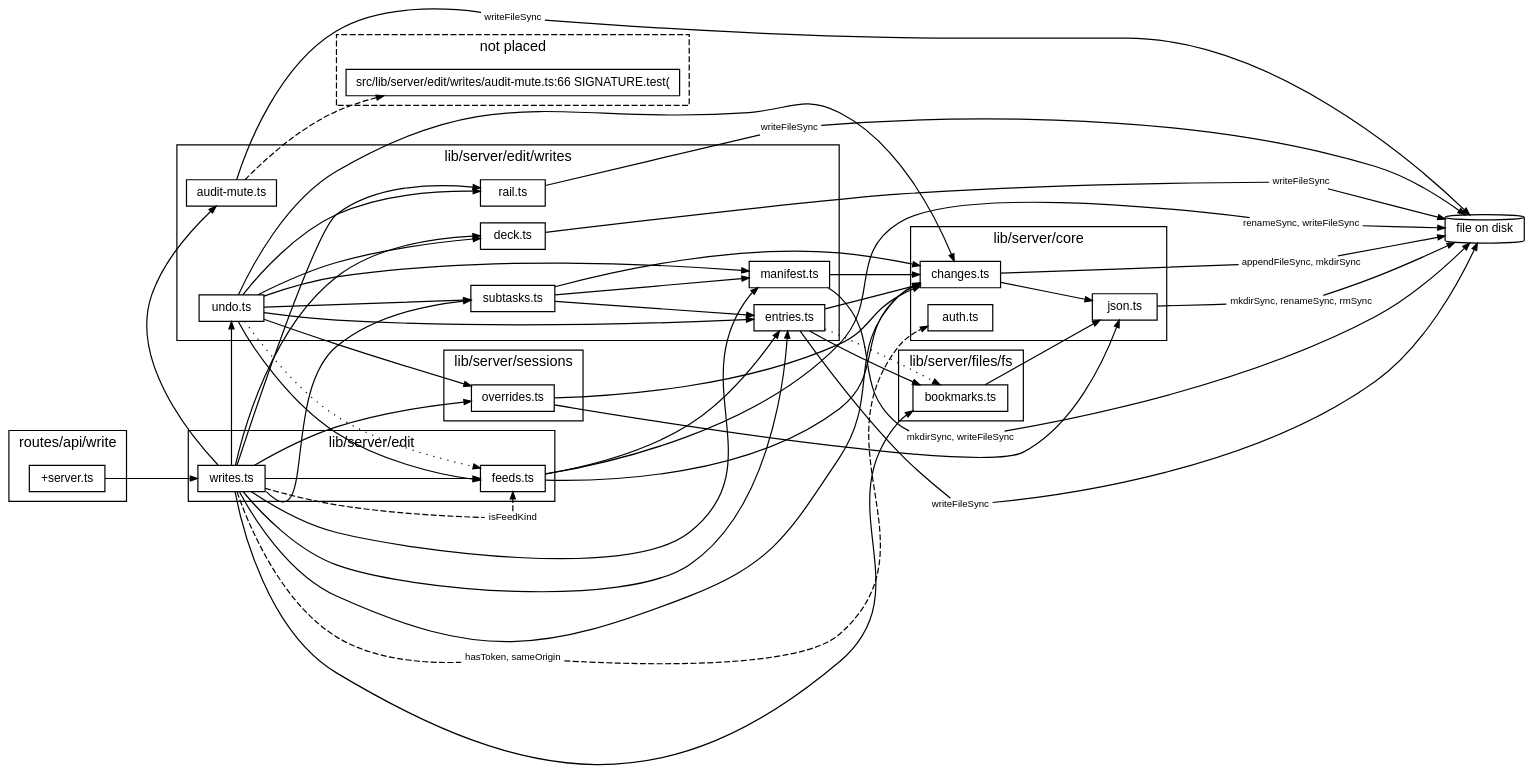
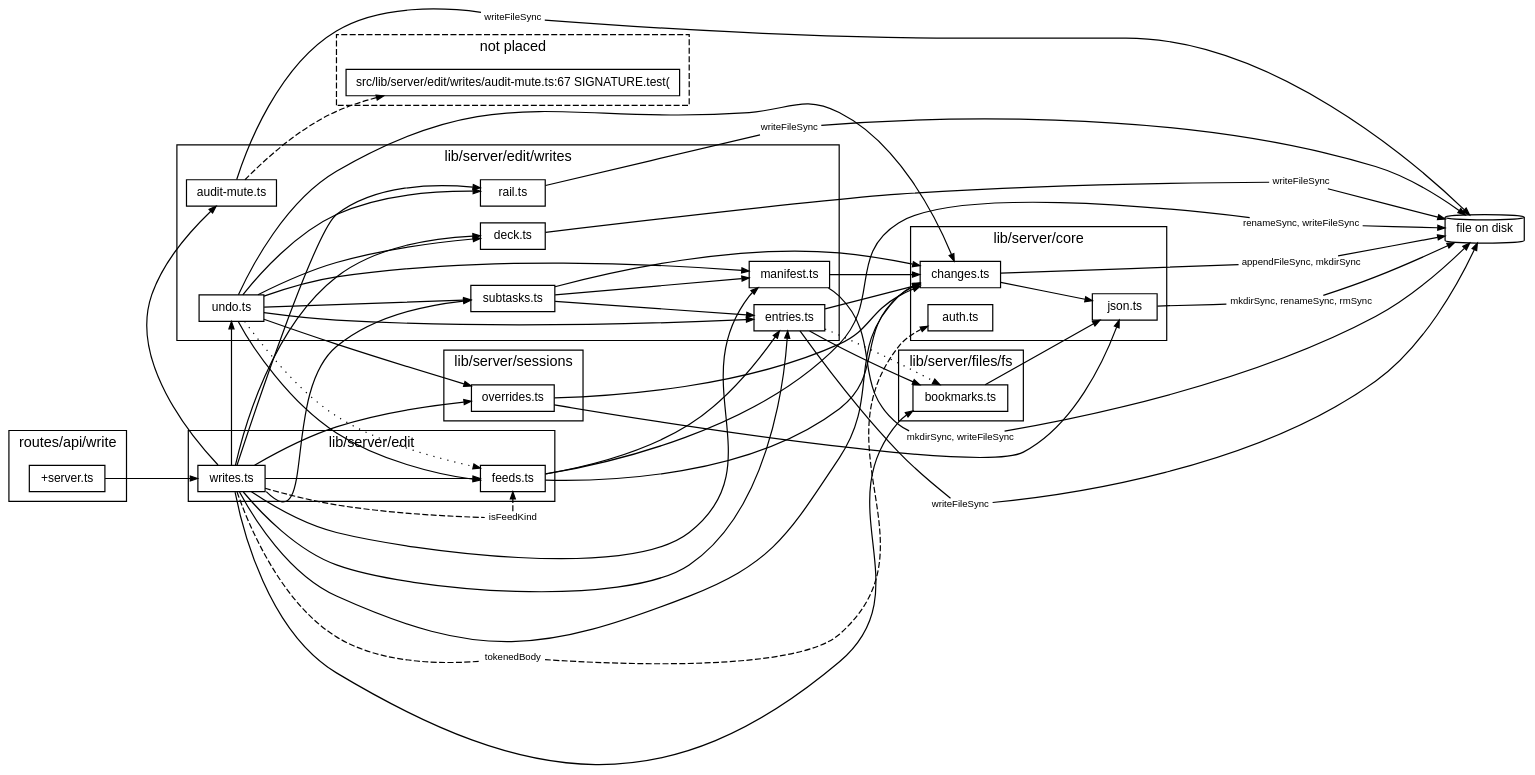
Before and after one commit to TheAxeC/oculus: the diagram in docs/diagrams/writes.dot, drawn with Graphviz. The commit also changed 129 other files, not shown here.

First line of the commit message:
Land Q79a: the library audit's server fixes

```diff
--- a/docs/diagrams/writes.dot
+++ b/docs/diagrams/writes.dot
@@ -1,115 +1,116 @@
 digraph writes {
     graph [bgcolor="transparent", rankdir=LR, fontname="Helvetica,Arial,sans-serif", fontsize=12, nodesep=0.2, ranksep=0.8];
     node [shape=box, color="black", fontcolor="black", fontname="Helvetica,Arial,sans-serif", fontsize=10, height=0.3, margin="0.12,0.04"];
     edge [color="black", fontcolor="black", fontname="Helvetica,Arial,sans-serif", fontsize=8, arrowsize=0.6];
     subgraph "cluster_lib/server/core" {
         label="lib/server/core"; style=solid;
         "lib/server/core/auth.ts" [label="auth.ts"];
         "lib/server/core/changes.ts" [label="changes.ts"];
         "lib/server/core/json.ts" [label="json.ts"];
     }
     subgraph "cluster_lib/server/edit" {
         label="lib/server/edit"; style=solid;
         "lib/server/edit/feeds.ts" [label="feeds.ts"];
         "lib/server/edit/writes.ts" [label="writes.ts"];
     }
     subgraph "cluster_lib/server/edit/writes" {
         label="lib/server/edit/writes"; style=solid;
         "lib/server/edit/writes/audit-mute.ts" [label="audit-mute.ts"];
         "lib/server/edit/writes/deck.ts" [label="deck.ts"];
         "lib/server/edit/writes/entries.ts" [label="entries.ts"];
         "lib/server/edit/writes/manifest.ts" [label="manifest.ts"];
         "lib/server/edit/writes/rail.ts" [label="rail.ts"];
         "lib/server/edit/writes/subtasks.ts" [label="subtasks.ts"];
         "lib/server/edit/writes/undo.ts" [label="undo.ts"];
     }
     subgraph "cluster_lib/server/files/fs" {
         label="lib/server/files/fs"; style=solid;
         "lib/server/files/fs/bookmarks.ts" [label="bookmarks.ts"];
     }
     subgraph "cluster_lib/server/sessions" {
         label="lib/server/sessions"; style=solid;
         "lib/server/sessions/overrides.ts" [label="overrides.ts"];
     }
     subgraph "cluster_routes/api/write" {
         label="routes/api/write"; style=solid;
         "routes/api/write/+server.ts" [label="+server.ts"];
     }
     subgraph "cluster_lost" {
         label="not placed"; style=dashed;
-        "? src/lib/server/edit/writes/audit-mute.ts:66" [label="src/lib/server/edit/writes/audit-mute.ts:66 SIGNATURE.test("];
+        "? src/lib/server/edit/writes/audit-mute.ts:67" [label="src/lib/server/edit/writes/audit-mute.ts:67 SIGNATURE.test("];
     }
     "file on disk" [shape=cylinder];
     "lib/server/core/changes.ts to file on disk (calls)" [label="appendFileSync, mkdirSync", shape=box, color="transparent", fontsize=8, width=0, height=0, margin="0.04,0.02"];
     "lib/server/core/changes.ts" -> "lib/server/core/changes.ts to file on disk (calls)" [arrowhead=none];
     "lib/server/core/changes.ts to file on disk (calls)" -> "file on disk" [];
     "lib/server/core/changes.ts" -> "lib/server/core/json.ts" [tooltip="chained, writeTextAtomic"];
     "lib/server/core/json.ts to file on disk (calls)" [label="mkdirSync, renameSync, rmSync", shape=box, color="transparent", fontsize=8, width=0, height=0, margin="0.04,0.02"];
     "lib/server/core/json.ts" -> "lib/server/core/json.ts to file on disk (calls)" [arrowhead=none];
     "lib/server/core/json.ts to file on disk (calls)" -> "file on disk" [];
     "lib/server/edit/feeds.ts to file on disk (calls)" [label="renameSync, writeFileSync", shape=box, color="transparent", fontsize=8, width=0, height=0, margin="0.04,0.02"];
     "lib/server/edit/feeds.ts" -> "lib/server/edit/feeds.ts to file on disk (calls)" [arrowhead=none];
     "lib/server/edit/feeds.ts to file on disk (calls)" -> "file on disk" [];
     "lib/server/edit/feeds.ts" -> "lib/server/core/changes.ts" [tooltip="plain"];
     "lib/server/edit/feeds.ts" -> "lib/server/edit/writes/entries.ts" [tooltip="saved"];
-    "lib/server/edit/writes.ts to lib/server/core/auth.ts (refuses)" [label="hasToken, sameOrigin", shape=box, color="transparent", fontsize=8, width=0, height=0, margin="0.04,0.02"];
+    "lib/server/edit/writes.ts to lib/server/core/auth.ts (refuses)" [label="tokenedBody", shape=box, color="transparent", fontsize=8, width=0, height=0, margin="0.04,0.02"];
     "lib/server/edit/writes.ts" -> "lib/server/edit/writes.ts to lib/server/core/auth.ts (refuses)" [arrowhead=none, style=dashed];
     "lib/server/edit/writes.ts to lib/server/core/auth.ts (refuses)" -> "lib/server/core/auth.ts" [style=dashed];
     "lib/server/edit/writes.ts" -> "lib/server/core/changes.ts" [tooltip="changeAt, defaultChangesPath, logChanges
 pathOf"];
     "lib/server/edit/writes.ts" -> "lib/server/edit/feeds.ts" [tooltip="addLead, addLinkedinIdea, deleteFeedEntry
 markLinkedinPosted, writeFeedField"];
     "lib/server/edit/writes.ts to lib/server/edit/feeds.ts (refuses)" [label="isFeedKind", shape=box, color="transparent", fontsize=8, width=0, height=0, margin="0.04,0.02"];
     "lib/server/edit/writes.ts" -> "lib/server/edit/writes.ts to lib/server/edit/feeds.ts (refuses)" [arrowhead=none, style=dashed];
     "lib/server/edit/writes.ts to lib/server/edit/feeds.ts (refuses)" -> "lib/server/edit/feeds.ts" [style=dashed];
     "lib/server/edit/writes.ts" -> "lib/server/edit/writes/audit-mute.ts" [tooltip="writeMute"];
     "lib/server/edit/writes.ts" -> "lib/server/edit/writes/deck.ts" [tooltip="writeDeck"];
     "lib/server/edit/writes.ts" -> "lib/server/edit/writes/entries.ts" [tooltip="createEntry, removeEntry, reorderCollection
 writeEntry"];
     "lib/server/edit/writes.ts" -> "lib/server/edit/writes/manifest.ts" [tooltip="createIdea, writeManifest"];
     "lib/server/edit/writes.ts" -> "lib/server/edit/writes/rail.ts" [tooltip="writeRail"];
-    "lib/server/edit/writes.ts" -> "lib/server/edit/writes/subtasks.ts" [tailport=se, tooltip="writeHost, writeSubtask, writeSubtaskAdd"];
+    "lib/server/edit/writes.ts" -> "lib/server/edit/writes/subtasks.ts" [tailport=se, tooltip="careerRules, writeHost, writeSubtask
+writeSubtaskAdd"];
     "lib/server/edit/writes.ts" -> "lib/server/edit/writes/undo.ts" [tooltip="undoChange"];
     "lib/server/edit/writes.ts" -> "lib/server/files/fs/bookmarks.ts" [tooltip="defaultBookmarksPath"];
     "lib/server/edit/writes.ts" -> "lib/server/sessions/overrides.ts" [tooltip="setFlag, setOverride"];
-    "lib/server/edit/writes/audit-mute.ts" -> "? src/lib/server/edit/writes/audit-mute.ts:66" [style=dashed];
+    "lib/server/edit/writes/audit-mute.ts" -> "? src/lib/server/edit/writes/audit-mute.ts:67" [style=dashed];
     "lib/server/edit/writes/audit-mute.ts to file on disk (calls)" [label="writeFileSync", shape=box, color="transparent", fontsize=8, width=0, height=0, margin="0.04,0.02"];
     "lib/server/edit/writes/audit-mute.ts" -> "lib/server/edit/writes/audit-mute.ts to file on disk (calls)" [arrowhead=none];
     "lib/server/edit/writes/audit-mute.ts to file on disk (calls)" -> "file on disk" [];
     "lib/server/edit/writes/deck.ts to file on disk (calls)" [label="writeFileSync", shape=box, color="transparent", fontsize=8, width=0, height=0, margin="0.04,0.02"];
     "lib/server/edit/writes/deck.ts" -> "lib/server/edit/writes/deck.ts to file on disk (calls)" [arrowhead=none];
     "lib/server/edit/writes/deck.ts to file on disk (calls)" -> "file on disk" [];
     "lib/server/edit/writes/entries.ts to file on disk (calls)" [label="writeFileSync", shape=box, color="transparent", fontsize=8, width=0, height=0, margin="0.04,0.02"];
     "lib/server/edit/writes/entries.ts" -> "lib/server/edit/writes/entries.ts to file on disk (calls)" [arrowhead=none];
     "lib/server/edit/writes/entries.ts to file on disk (calls)" -> "file on disk" [];
     "lib/server/edit/writes/entries.ts" -> "lib/server/core/changes.ts" [tooltip="plain"];
     "lib/server/edit/writes/entries.ts" -> "lib/server/files/fs/bookmarks.ts" [tooltip="ensureBookmarksFile"];
     "lib/server/edit/writes/entries.ts" -> "lib/server/files/fs/bookmarks.ts" [tooltip="BOOKMARKS", style=dotted];
     "lib/server/edit/writes/manifest.ts to file on disk (calls)" [label="mkdirSync, writeFileSync", shape=box, color="transparent", fontsize=8, width=0, height=0, margin="0.04,0.02"];
     "lib/server/edit/writes/manifest.ts" -> "lib/server/edit/writes/manifest.ts to file on disk (calls)" [arrowhead=none];
     "lib/server/edit/writes/manifest.ts to file on disk (calls)" -> "file on disk" [];
     "lib/server/edit/writes/manifest.ts" -> "lib/server/core/changes.ts" [tooltip="plain"];
     "lib/server/edit/writes/rail.ts to file on disk (calls)" [label="writeFileSync", shape=box, color="transparent", fontsize=8, width=0, height=0, margin="0.04,0.02"];
     "lib/server/edit/writes/rail.ts" -> "lib/server/edit/writes/rail.ts to file on disk (calls)" [arrowhead=none];
     "lib/server/edit/writes/rail.ts to file on disk (calls)" -> "file on disk" [];
     "lib/server/edit/writes/subtasks.ts" -> "lib/server/core/changes.ts" [tooltip="plain"];
     "lib/server/edit/writes/subtasks.ts" -> "lib/server/edit/writes/entries.ts" [tooltip="identityOf, readCollection, saved"];
     "lib/server/edit/writes/subtasks.ts" -> "lib/server/edit/writes/manifest.ts" [tooltip="insideHub"];
     "lib/server/edit/writes/undo.ts" -> "lib/server/core/changes.ts" [tooltip="same"];
     "lib/server/edit/writes/undo.ts" -> "lib/server/edit/feeds.ts" [tooltip="deleteFeedEntry, isFeedKind, readFeedFile
 restoreFeedEntry, writeFeedField"];
     "lib/server/edit/writes/undo.ts" -> "lib/server/edit/feeds.ts" [tooltip="FEED_RULES", style=dotted];
     "lib/server/edit/writes/undo.ts" -> "lib/server/edit/writes/deck.ts" [tooltip="deckNow, writeDeck"];
     "lib/server/edit/writes/undo.ts" -> "lib/server/edit/writes/entries.ts" [tooltip="createEntry, entryOf, idOfIdentity
 identityOrder, readCollection, removeEntry
 reorderCollection, writeEntry"];
     "lib/server/edit/writes/undo.ts" -> "lib/server/edit/writes/manifest.ts" [tooltip="manifestValue, writeManifest"];
     "lib/server/edit/writes/undo.ts" -> "lib/server/edit/writes/rail.ts" [tooltip="railNow, writeRail"];
     "lib/server/edit/writes/undo.ts" -> "lib/server/edit/writes/subtasks.ts" [tooltip="hostStatus, restoreSubtask, subtaskValue
 writeHost, writeSubtask, writeSubtaskAdd"];
     "lib/server/edit/writes/undo.ts" -> "lib/server/sessions/overrides.ts" [tooltip="overrides, setFlag, setOverride"];
     "lib/server/files/fs/bookmarks.ts" -> "lib/server/core/json.ts" [tooltip="writeTextAtomic"];
     "lib/server/sessions/overrides.ts" -> "lib/server/core/changes.ts" [tooltip="plain"];
     "lib/server/sessions/overrides.ts" -> "lib/server/core/json.ts" [tooltip="readJson, writeJsonAtomic"];
     "routes/api/write/+server.ts" -> "lib/server/edit/writes.ts" [tooltip="handleWrite, target"];
 }
```
